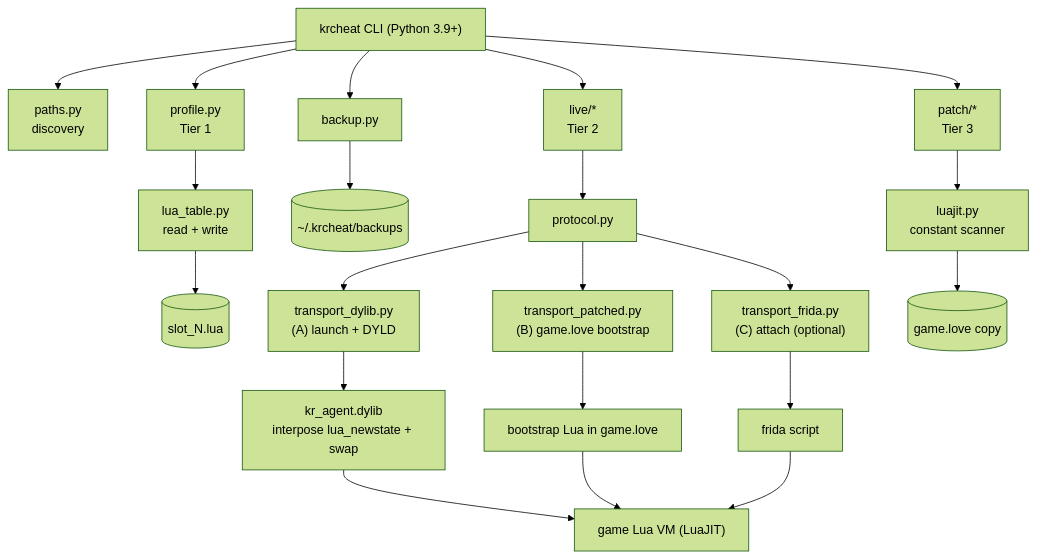
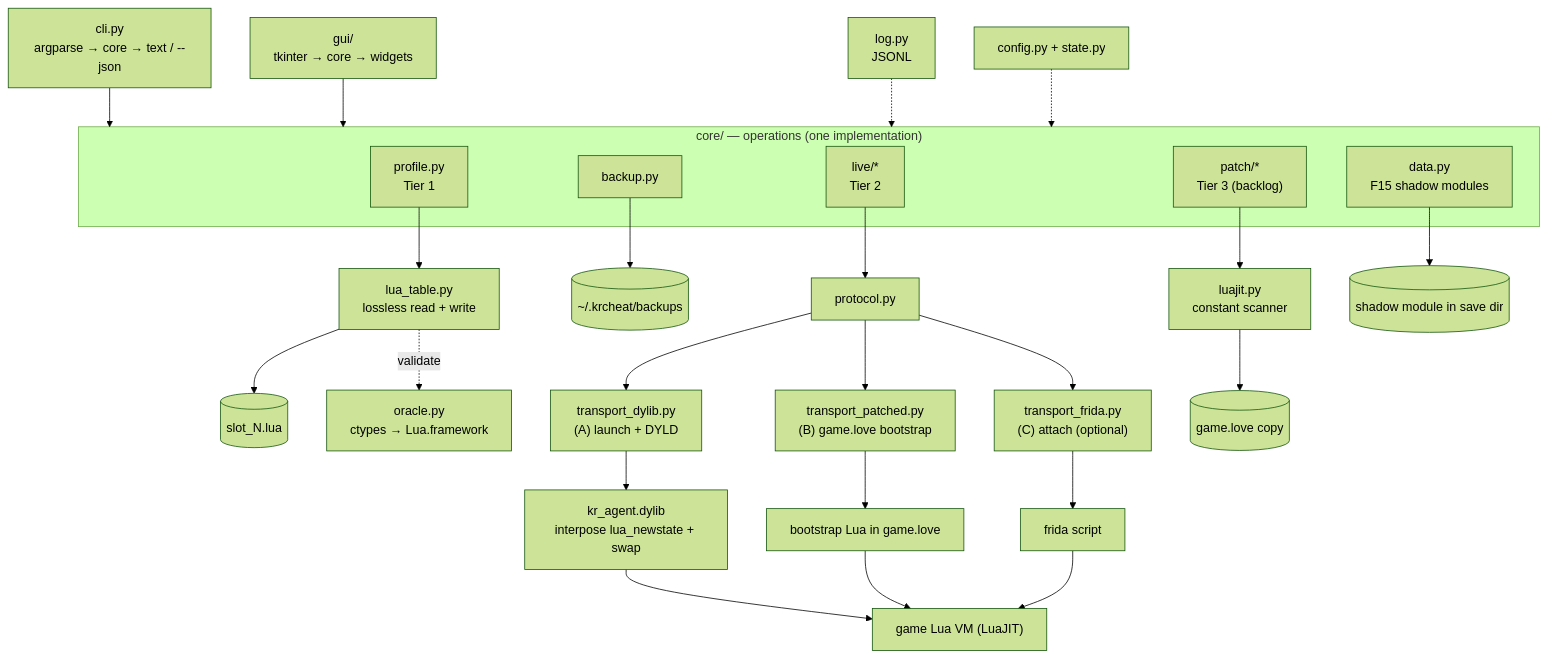
Before and after one commit to LuniumLuk/krtrainer: the second of 2 diagrams in KRCHEAT_FOUNDATION.md, drawn with Mermaid (forest theme). The commit also changed other lines of this file and 2 other files, not shown here.

````diff
--- a/KRCHEAT_FOUNDATION.md
+++ b/KRCHEAT_FOUNDATION.md
@@ -544,26 +579,37 @@
 ```mermaid
 flowchart TB
-    CLI["krcheat CLI (Python 3.9+)"]
-    CLI --> CFG["paths.py<br/>discovery"]
-    CLI --> PROF["profile.py<br/>Tier 1"]
-    CLI --> LIVE["live/*<br/>Tier 2"]
-    CLI --> PATCH["patch/*<br/>Tier 3"]
-    CLI --> BK["backup.py"]
+    subgraph CORE["core/ — operations (one implementation)"]
+        PROF["profile.py<br/>Tier 1"]
+        LIVE["live/*<br/>Tier 2"]
+        DATA["data.py<br/>F15 shadow modules"]
+        PATCH["patch/*<br/>Tier 3 (backlog)"]
+        BK["backup.py"]
+    end
 
-    PROF --> CODEC["lua_table.py<br/>read + write"]
+    CLI["cli.py<br/>argparse → core → text / --json"]
+    GUI["gui/<br/>tkinter → core → widgets"]
+
+    CLI --> CORE
+    GUI --> CORE
+
+    PROF --> CODEC["lua_table.py<br/>lossless read + write"]
     CODEC --> SLOT[("slot_N.lua")]
+    CODEC -.validate.-> ORACLE["oracle.py<br/>ctypes → Lua.framework"]
     BK --> BKDIR[("~/.krcheat/backups")]
+    LOG["log.py<br/>JSONL"] -.-> CORE
+    CFG["config.py + state.py"] -.-> CORE
 
     LIVE --> PROTO["protocol.py"]
     PROTO --> TA["transport_dylib.py<br/>(A) launch + DYLD"]
     PROTO --> TB["transport_patched.py<br/>(B) game.love bootstrap"]
     PROTO --> TC["transport_frida.py<br/>(C) attach (optional)"]
     TA --> AGENT["kr_agent.dylib<br/>interpose lua_newstate + swap"]
     TB --> AGENT2["bootstrap Lua in game.love"]
     TC --> AGENT3["frida script"]
     AGENT --> VM["game Lua VM (LuaJIT)"]
     AGENT2 --> VM
     AGENT3 --> VM
     PATCH --> BYTECODE["luajit.py<br/>constant scanner"]
     BYTECODE --> LOVE[("game.love copy")]
+    DATA --> SHADOW[("shadow module in save dir")]
 ```
````
